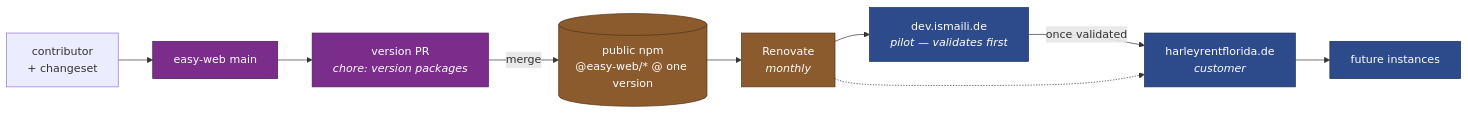
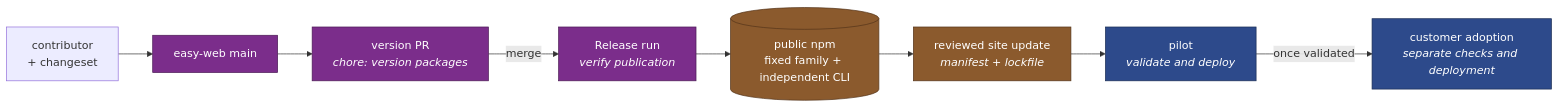
One commit to achimismaili/easy-web changed the second of 4 diagrams in docs/architecture.md. Above: the diagram before and after it, drawn with Mermaid. The commit also changed other lines of this file and 4 other files, not shown here.

````diff
--- a/docs/architecture.md
+++ b/docs/architecture.md
@@ -101,18 +103,17 @@
 ```mermaid
 flowchart LR
   dev["contributor<br/>+ changeset"] --> main["easy-web main"]
   main --> vpr["version PR<br/><i>chore: version packages</i>"]
-  vpr -->|merge| npm[("public npm<br/>@easy-web/* @ one version")]
-  npm --> reno["Renovate<br/><i>monthly</i>"]
-  reno --> pilot["dev.ismaili.de<br/><i>pilot — validates first</i>"]
-  pilot -->|once validated| cust["harleyrentflorida.de<br/><i>customer</i>"]
-  reno -.-> cust
-  cust --> future["future instances"]
+  vpr -->|merge| release["Release run<br/><i>verify publication</i>"]
+  release --> npm[("public npm<br/>fixed family + independent CLI")]
+  npm --> update["reviewed site update<br/><i>manifest + lockfile</i>"]
+  update --> pilot["pilot<br/><i>validate and deploy</i>"]
+  pilot -->|once validated| cust["customer adoption<br/><i>separate checks and deployment</i>"]
 
   classDef hub fill:#7b2d8b,color:#fff,stroke:#4a1a54
   classDef reg fill:#8b5a2d,color:#fff,stroke:#54341a
   classDef site fill:#2d4a8b,color:#fff,stroke:#1a2d54
-  class main,vpr hub
-  class npm,reno reg
-  class pilot,cust,future site
+  class main,vpr,release hub
+  class npm,update reg
+  class pilot,cust site
 ```
````
